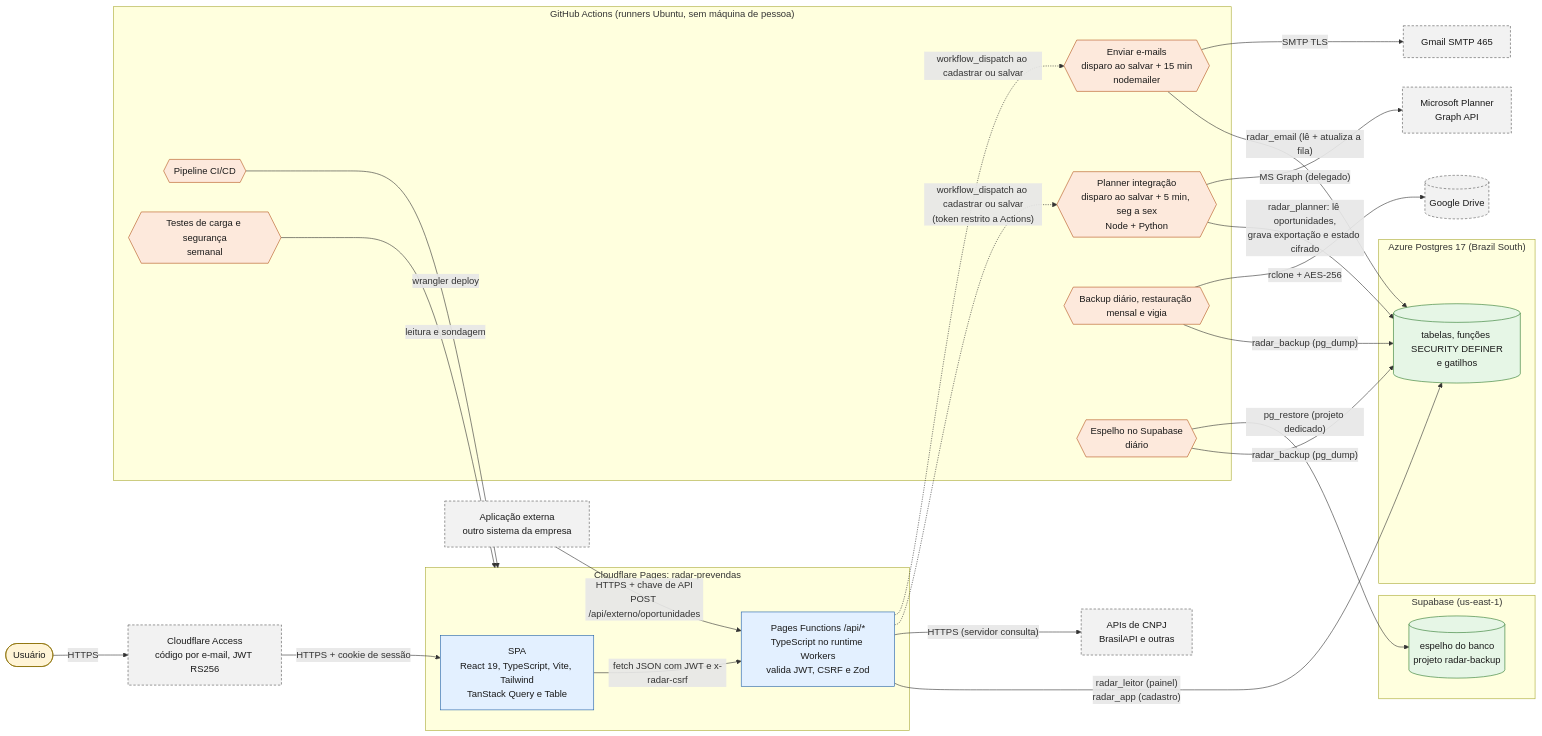
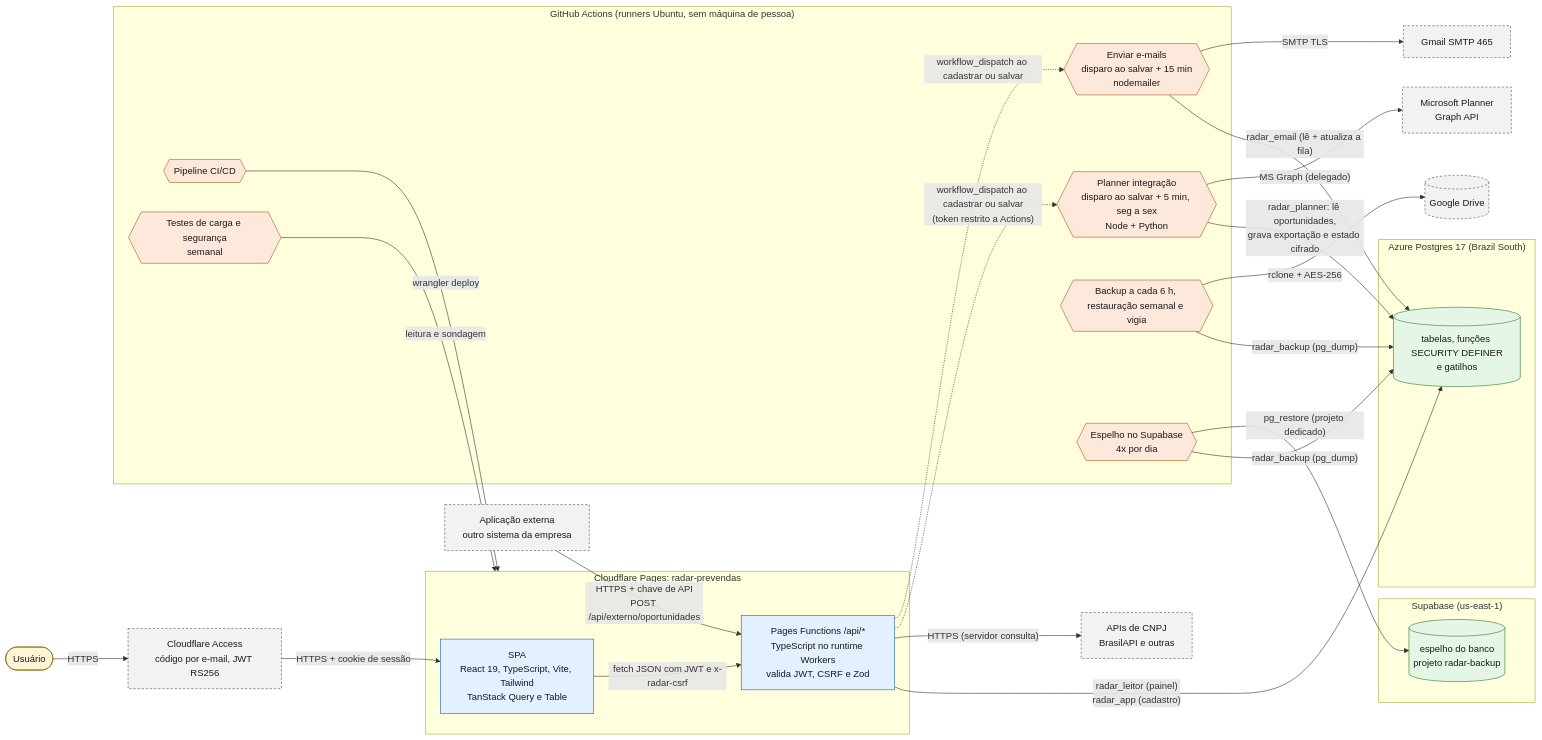
The third of 22 diagrams in docs/DIAGRAMAS.md (agentanalisedegoverno-svg/dashboard-metrics-team), drawn with Mermaid before and after one commit. The commit also changed other lines of this file and 6 other files, not shown here.

First line of the commit message:
docs: regera os diagramas D02, D03, D12, D15 e D17 com a arquitetura atual (Azure)

````diff
--- a/docs/DIAGRAMAS.md
+++ b/docs/DIAGRAMAS.md
@@ -102,57 +102,57 @@
 ```mermaid
 flowchart LR
   classDef pessoa fill:#fff4d6,stroke:#8a6d00,color:#1a1a1a
   classDef interno fill:#e3f0ff,stroke:#1f5fa8,color:#1a1a1a
   classDef externo fill:#f2f2f2,stroke:#555555,stroke-dasharray:4 3,color:#1a1a1a
   classDef dados fill:#e6f6e6,stroke:#2d7a2d,color:#1a1a1a
   classDef agenda fill:#fde9dc,stroke:#b4561d,color:#1a1a1a
 
   U(["Usuário"]):::pessoa
   ACC["Cloudflare Access<br/>código por e-mail, JWT RS256"]:::externo
 
   subgraph cf["Cloudflare Pages: radar-prevendas"]
     SPA["SPA<br/>React 19, TypeScript, Vite, Tailwind<br/>TanStack Query e Table"]:::interno
     API["Pages Functions /api/*<br/>TypeScript no runtime Workers<br/>valida JWT, CSRF e Zod"]:::interno
   end
 
-  subgraph neon["Azure Postgres 17 (Brazil South)"]
+  subgraph pg["Azure Postgres 17 (Brazil South)"]
     DB[("tabelas, funções SECURITY DEFINER<br/>e gatilhos")]:::dados
   end
 
   subgraph gh["GitHub Actions (runners Ubuntu, sem máquina de pessoa)"]
     PLN{{"Planner integração<br/>disparo ao salvar + 5 min, seg a sex<br/>Node + Python"}}:::agenda
     MAIL{{"Enviar e-mails<br/>disparo ao salvar + 15 min<br/>nodemailer"}}:::agenda
     WF{{"Pipeline CI/CD"}}:::agenda
-    BKP{{"Backup diário, restauração mensal e vigia"}}:::agenda
-    ESP{{"Espelho no Supabase<br/>diário"}}:::agenda
+    BKP{{"Backup a cada 6 h, restauração semanal e vigia"}}:::agenda
+    ESP{{"Espelho no Supabase<br/>4x por dia"}}:::agenda
     NF{{"Testes de carga e segurança<br/>semanal"}}:::agenda
   end
 
   subgraph sb["Supabase (us-east-1)"]
     DB2[("espelho do banco<br/>projeto radar-backup")]:::dados
   end
 
   PL["Microsoft Planner<br/>Graph API"]:::externo
   EXA["Aplicação externa<br/>outro sistema da empresa"]:::externo
   GM["Gmail SMTP 465"]:::externo
   RC["APIs de CNPJ<br/>BrasilAPI e outras"]:::externo
   DRV[("Google Drive")]:::externo
 
   U -->|"HTTPS"| ACC -->|"HTTPS + cookie de sessão"| SPA
   SPA -->|"fetch JSON com JWT e x-radar-csrf"| API
   API -->|"radar_leitor (painel)<br/>radar_app (cadastro)"| DB
   API -->|"HTTPS (servidor consulta)"| RC
   EXA -->|"HTTPS + chave de API<br/>POST /api/externo/oportunidades"| API
   API -.->|"workflow_dispatch ao cadastrar ou salvar<br/>(token restrito a Actions)"| PLN
   API -.->|"workflow_dispatch ao cadastrar ou salvar"| MAIL
   PLN -->|"radar_planner: lê oportunidades,<br/>grava exportação e estado cifrado"| DB
   PLN -->|"MS Graph (delegado)"| PL
   MAIL -->|"radar_email (lê + atualiza a fila)"| DB
   MAIL -->|"SMTP TLS"| GM
   BKP -->|"radar_backup (pg_dump)"| DB
   BKP -->|"rclone + AES-256"| DRV
   ESP -->|"radar_backup (pg_dump)"| DB
   ESP -->|"pg_restore (projeto dedicado)"| DB2
   WF -->|"wrangler deploy"| cf
   NF -->|"leitura e sondagem"| cf
 ```
````
